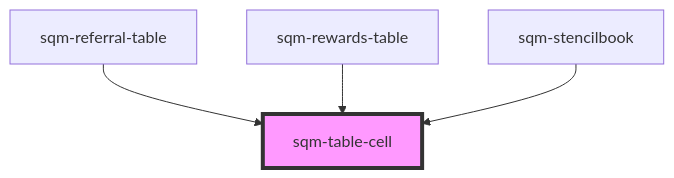
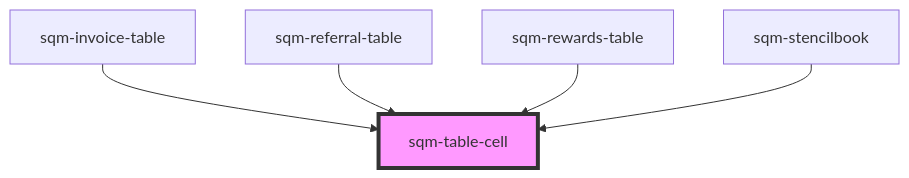
The diagram in packages/mint-components/src/components/sqm-table-cell/readme.md (saasquatch/program-tools), drawn with Mermaid before and after one commit. The commit also changed other lines of this file and 9 other files, not shown here.

````diff
--- a/packages/mint-components/src/components/sqm-table-cell/readme.md
+++ b/packages/mint-components/src/components/sqm-table-cell/readme.md
@@ -23,7 +24,8 @@
 ```mermaid
 graph TD;
+  sqm-invoice-table --> sqm-table-cell
   sqm-referral-table --> sqm-table-cell
   sqm-rewards-table --> sqm-table-cell
   sqm-stencilbook --> sqm-table-cell
   style sqm-table-cell fill:#f9f,stroke:#333,stroke-width:4px
 ```
````
